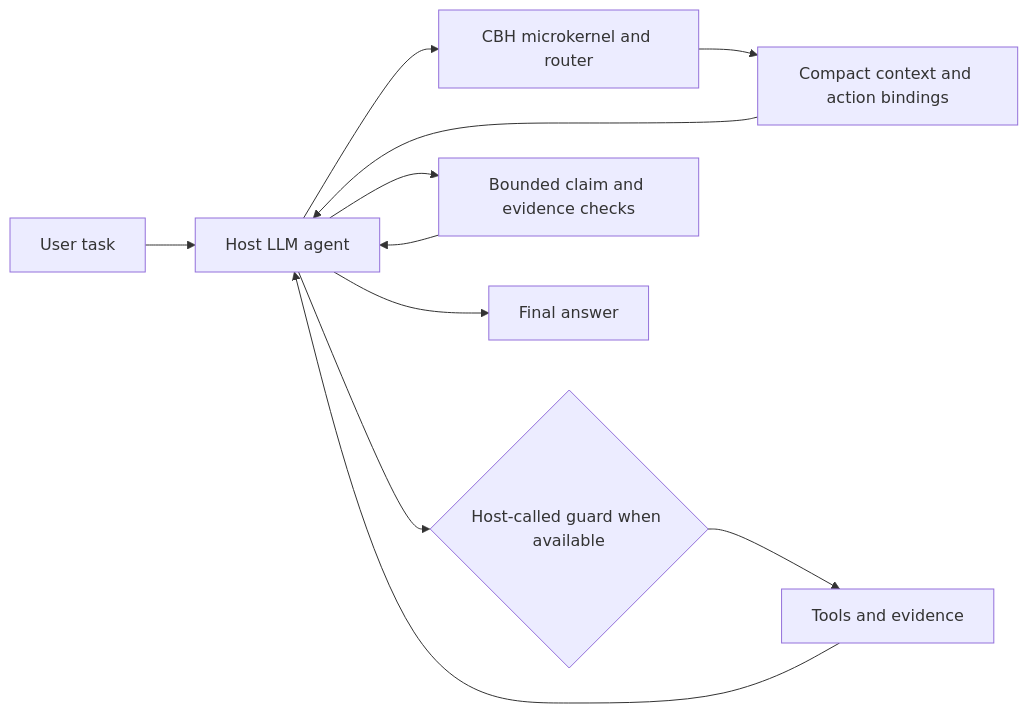
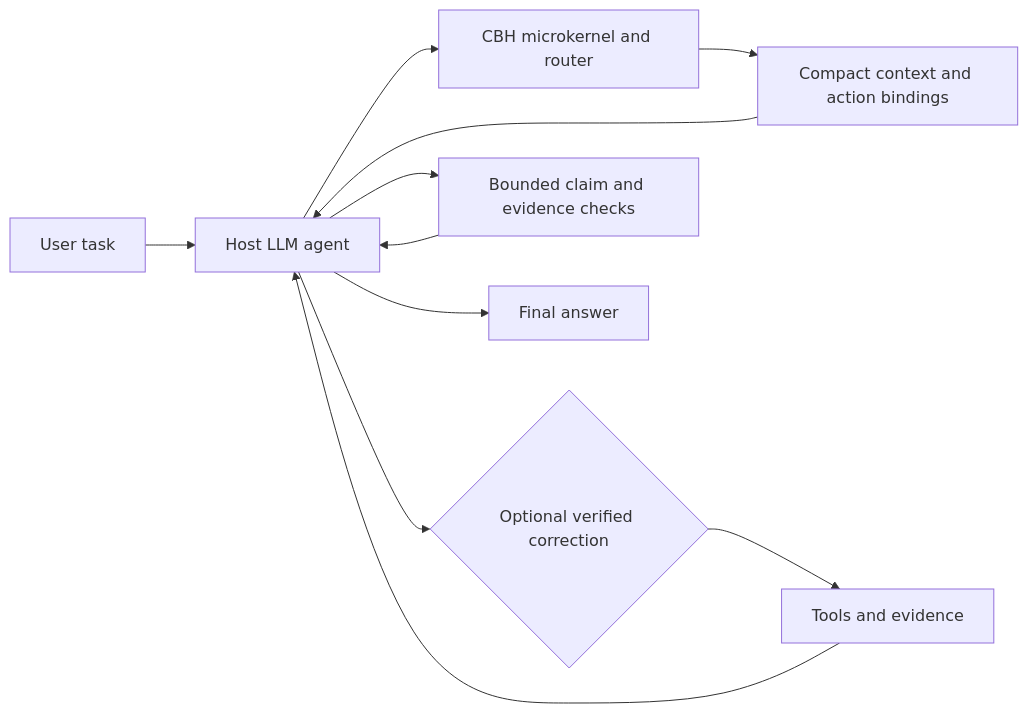
One commit to qimen039-code/claim-boundary-harness changed the diagram in README.md. Above: the diagram before and after it, drawn with Mermaid. The commit also changed other lines of this file and 56 other files, not shown here.

````diff
--- a/README.md
+++ b/README.md
@@ -97,13 +99,13 @@
 ```mermaid
 flowchart LR
     U[User task] --> A[Host LLM agent]
     A --> R[CBH microkernel and router]
     R --> C[Compact context and action bindings]
     C --> A
-    A --> H{Host-called guard when available}
+    A --> H{Optional verified correction}
     H --> T[Tools and evidence]
     T --> A
     A --> V[Bounded claim and evidence checks]
     V --> A
     A --> F[Final answer]
 ```
````
